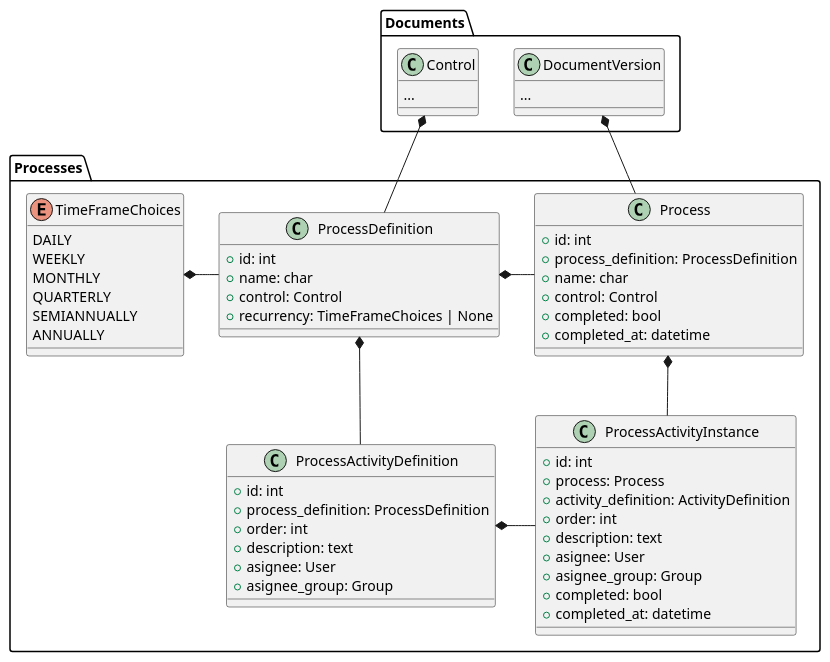
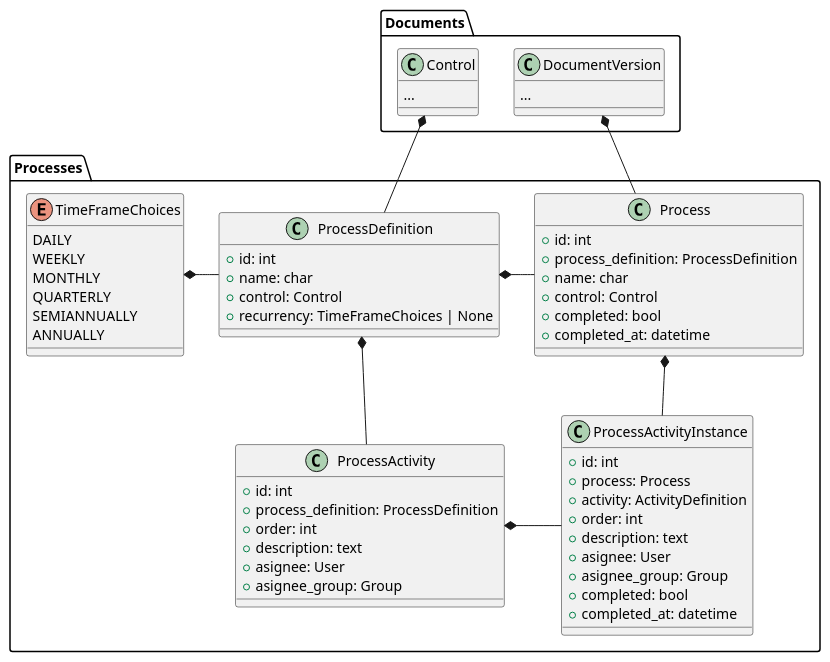
The fourth of 4 diagrams in docs/rfc/InitialModellingRFC.md (Gabo-araya/sgsi_ext), drawn with PlantUML before and after one commit. The commit also changed 15 other files, not shown here.

Commit message:
feat: rename ProcessActivityDefinition to ProcessActivity

````diff
--- a/docs/rfc/InitialModellingRFC.md
+++ b/docs/rfc/InitialModellingRFC.md
@@ -187,62 +187,62 @@
 ```plantuml
 package Processes {
     class ProcessDefinition {
         + id: int
         + name: char
         + control: Control
         + recurrency: TimeFrameChoices | None
     }
     class Process {
         + id: int
         + process_definition: ProcessDefinition
         + name: char
         + control: Control
         + completed: bool
         + completed_at: datetime
     }
-    class ProcessActivityDefinition {
+    class ProcessActivity {
         + id: int
         + process_definition: ProcessDefinition
         + order: int
         + description: text
         + asignee: User
         + asignee_group: Group
     }
     class ProcessActivityInstance {
         + id: int
         + process: Process
-        + activity_definition: ActivityDefinition
+        + activity: ActivityDefinition
         + order: int
         + description: text
         + asignee: User
         + asignee_group: Group
         + completed: bool
         + completed_at: datetime
     }
     enum TimeFrameChoices {
         DAILY
         WEEKLY
         MONTHLY
         QUARTERLY
         SEMIANNUALLY
         ANNUALLY
     }
 }
 
 class Documents.Control {
     ...
 }
 
 class Documents.DocumentVersion {
     ...
 }
 
 
 Processes.ProcessDefinition -up-* Documents.Control
 Processes.ProcessDefinition -left* Processes.TimeFrameChoices
 Processes.Process -up-* Documents.DocumentVersion
 Processes.Process -left* Processes.ProcessDefinition
-Processes.ProcessActivityDefinition --* Processes.ProcessDefinition
-Processes.ProcessActivityInstance -* Processes.ProcessActivityDefinition
+Processes.ProcessActivity --* Processes.ProcessDefinition
+Processes.ProcessActivityInstance -* Processes.ProcessActivity
 Processes.ProcessActivityInstance -up-* Processes.Process
 ```
````
